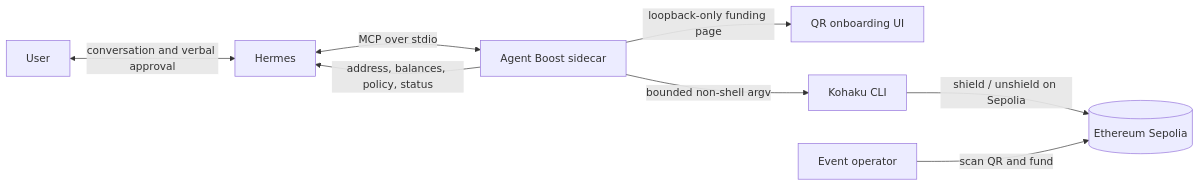
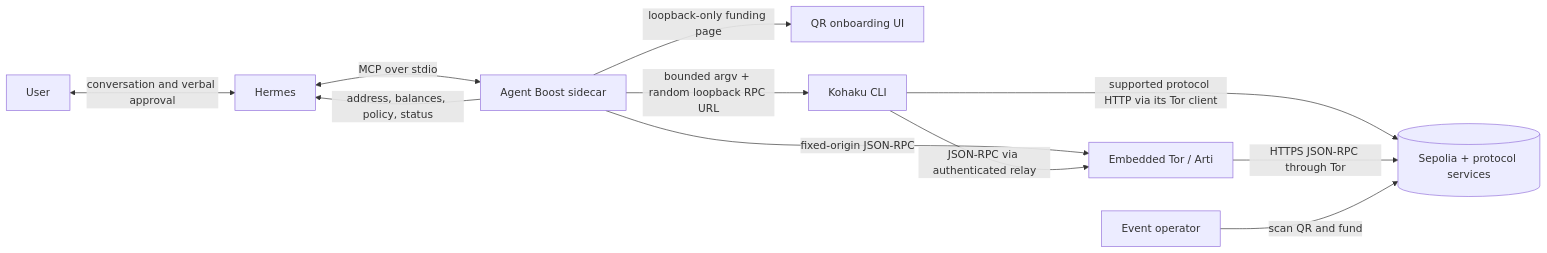
Before and after one commit to dmarzzz/agent-boost: the diagram in README.md, drawn with Mermaid. The commit also changed other lines of this file and 32 other files, not shown here.

Commit message:
feat: route Sepolia RPC through Tor

````diff
--- a/README.md
+++ b/README.md
@@ -196,10 +203,13 @@
 ```mermaid
 flowchart LR
     U[User] <-->|conversation and verbal approval| H[Hermes]
     H <-->|MCP over stdio| A[Agent Boost sidecar]
     A -->|loopback-only funding page| UI[QR onboarding UI]
-    A -->|bounded non-shell argv| K[Kohaku CLI]
-    K -->|shield / unshield on Sepolia| E[(Ethereum Sepolia)]
+    A -->|bounded argv + random loopback RPC URL| K[Kohaku CLI]
+    A -->|fixed-origin JSON-RPC| T[Embedded Tor / Arti]
+    K -->|JSON-RPC via authenticated relay| T
+    K -->|supported protocol HTTP via its Tor client| E[(Sepolia + protocol services)]
+    T -->|HTTPS JSON-RPC through Tor| E
     O[Event operator] -->|scan QR and fund| E
     A -->|address, balances, policy, status| H
 ```
````
